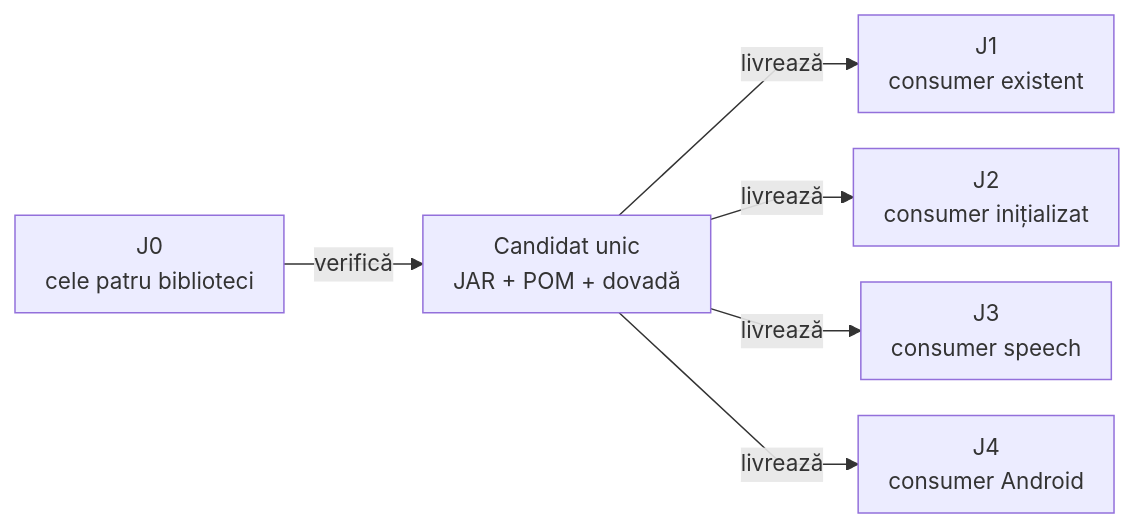
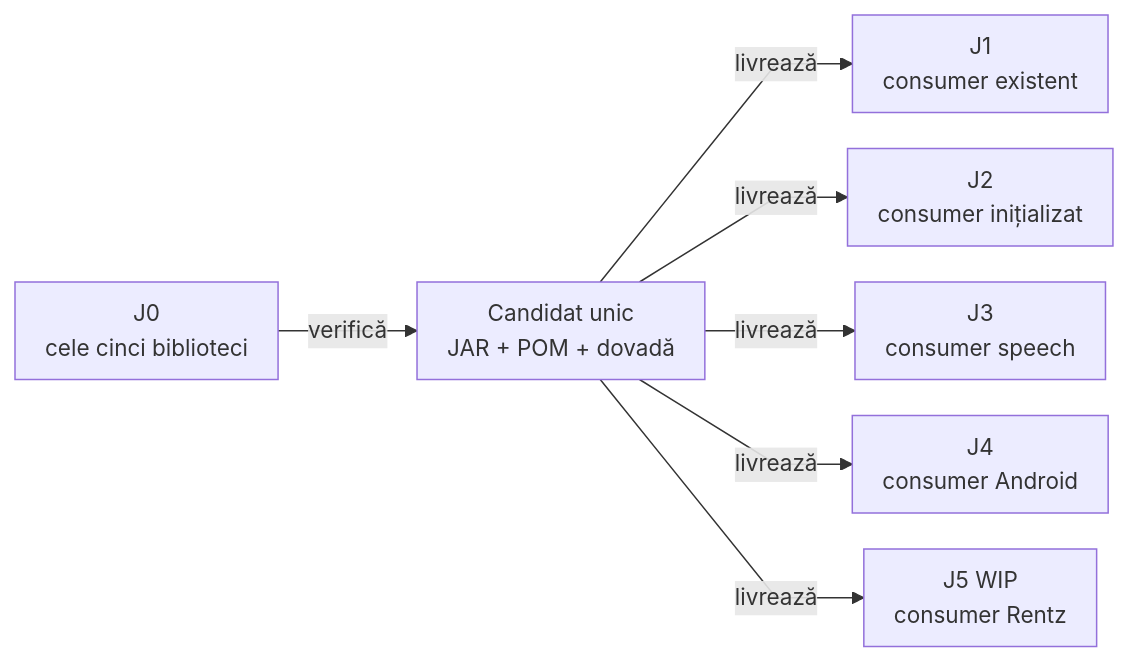
One commit to crististefanita/atf_j0 changed the diagram in docs/ATF_Workspace_Synchronization.md. Above: the diagram before and after it, drawn with Mermaid. The commit also changed other lines of this file and 62 other files, not shown here.

````diff
--- a/docs/ATF_Workspace_Synchronization.md
+++ b/docs/ATF_Workspace_Synchronization.md
@@ -26,9 +26,10 @@
 ```mermaid
 %%{init: {"themeVariables":{"fontSize":"15px"},"themeCSS":".nodeLabel, .nodeLabel p { font-size: 15px !important; line-height: 1.35 !important; } .edgeLabel, .edgeLabel p { font-size: 12px !important; font-weight: 400 !important; line-height: 1.2 !important; } .edgeLabel .labelBkg, .edgeLabel p { background: transparent !important; } .edgeLabel foreignObject { transform: translateY(-18px); overflow: visible; } .node rect { rx: 6px; ry: 6px; }","flowchart":{"curve":"linear","nodeSpacing":24,"rankSpacing":40,"padding":10,"diagramPadding":16}}}%%
 flowchart LR
-    Source["J0<br/>cele patru biblioteci"] -->|verifică| Candidate["Candidat unic<br/>JAR + POM + dovadă"]
+    Source["J0<br/>cele cinci biblioteci"] -->|verifică| Candidate["Candidat unic<br/>JAR + POM + dovadă"]
     Candidate -->|livrează| J1["J1<br/>consumer existent"]
     Candidate -->|livrează| J2["J2<br/>consumer inițializat"]
     Candidate -->|livrează| J3["J3<br/>consumer speech"]
     Candidate -->|livrează| J4["J4<br/>consumer Android"]
+    Candidate -->|livrează| J5["J5 WIP<br/>consumer Rentz"]
 ```
````
